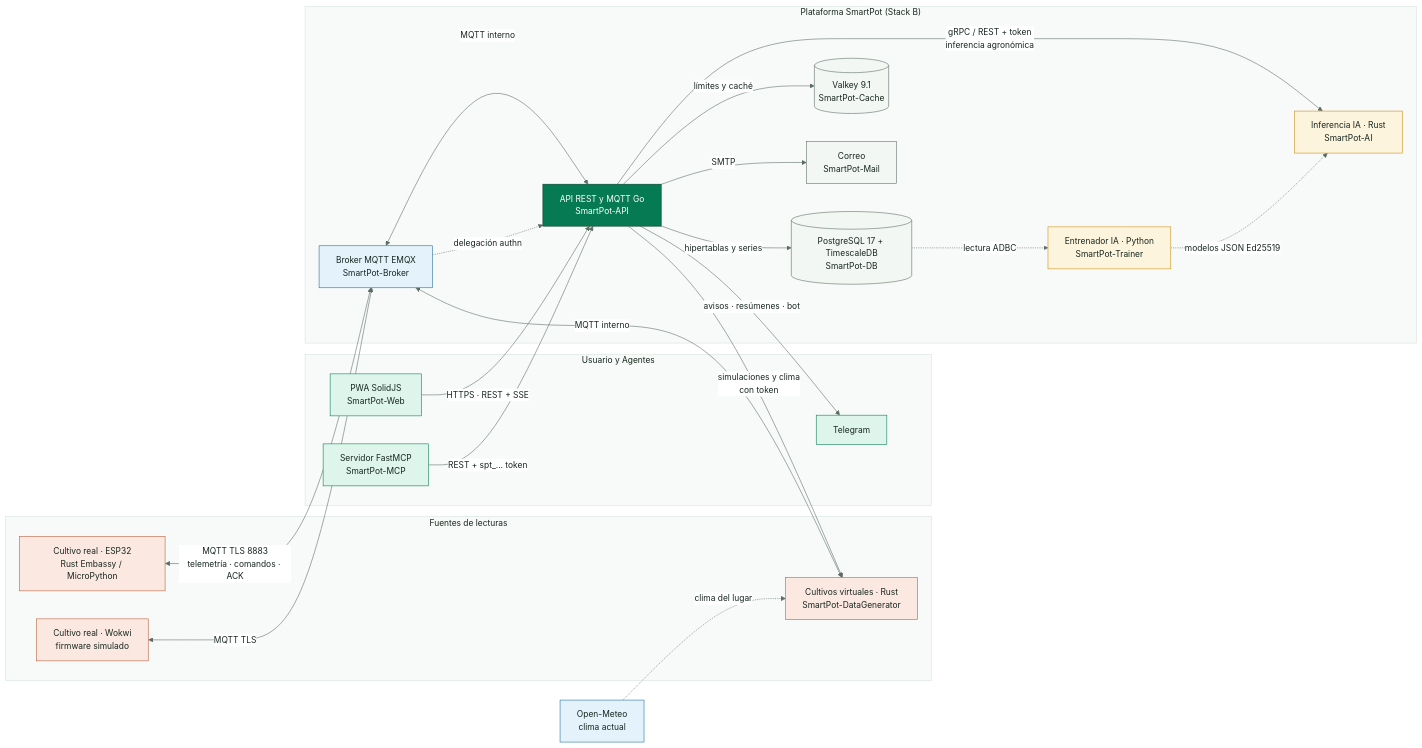
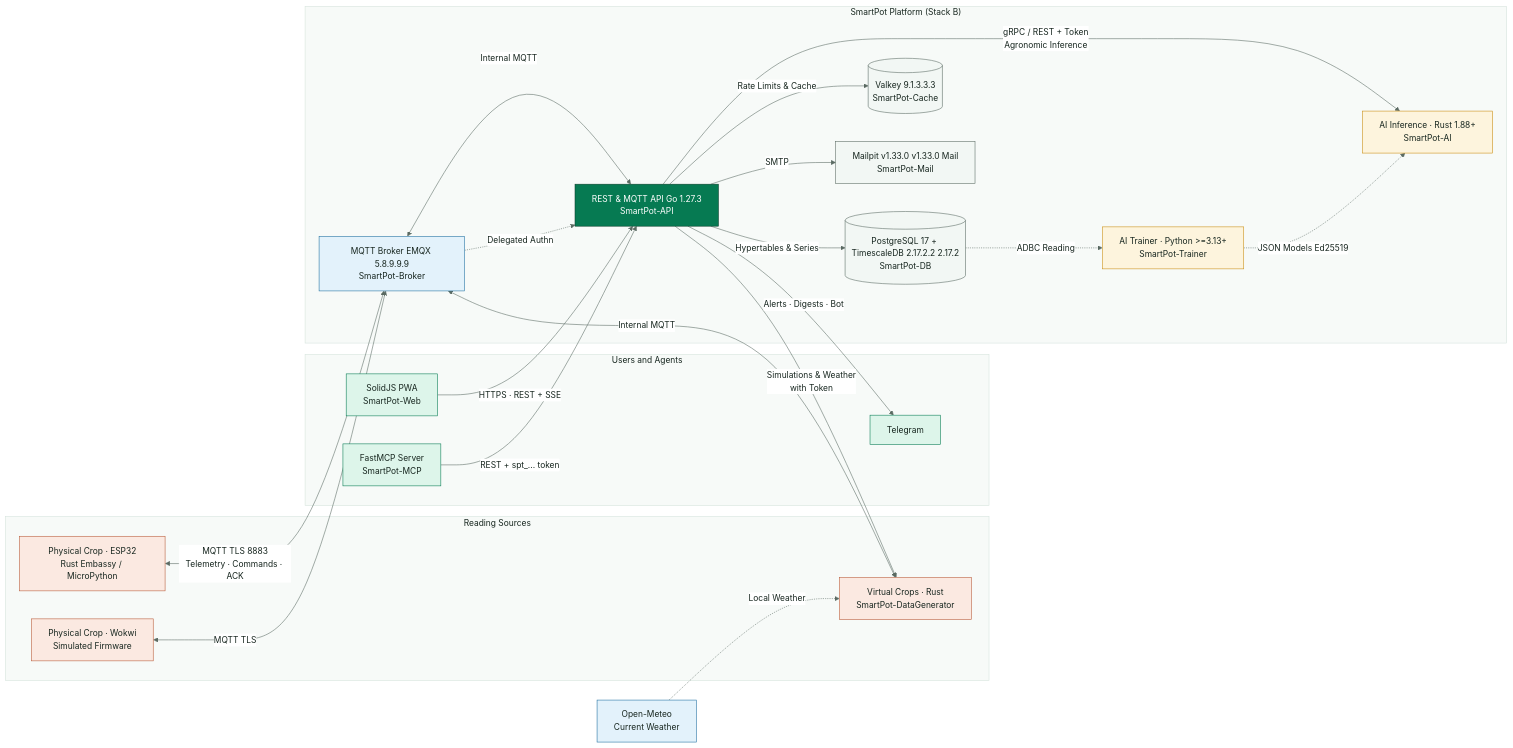
Before and after one commit to SmartPotTech/.github: the first of 14 diagrams in docs/SmartPot_Technical_Documentation.md, drawn with Mermaid. The commit also changed other lines of this file and 186 other files, not shown here.

Commit message:
docs(specs): synchronize 100% english organization documentation, diagrams, and formal deliverables

````diff
--- a/docs/SmartPot_Technical_Documentation.md
+++ b/docs/SmartPot_Technical_Documentation.md
@@ -330,52 +60,52 @@
 ```mermaid
 %%{init: {"theme": "base", "fontFamily": "Segoe UI, Arial, sans-serif", "themeVariables": {"fontFamily": "Segoe UI, Arial, sans-serif", "fontSize": "15px", "primaryColor": "#DDF5EA", "primaryTextColor": "#17261F", "primaryBorderColor": "#067A52", "secondaryColor": "#E3F2FB", "secondaryTextColor": "#17261F", "secondaryBorderColor": "#1F6FA0", "tertiaryColor": "#F2F7F4", "tertiaryTextColor": "#17261F", "tertiaryBorderColor": "#D5E3DC", "lineColor": "#5B6B63", "textColor": "#17261F", "mainBkg": "#DDF5EA", "nodeBorder": "#067A52", "clusterBkg": "#F7FAF8", "clusterBorder": "#D5E3DC", "edgeLabelBackground": "#FFFFFF", "actorBkg": "#067A52", "actorBorder": "#0B3D2B", "actorTextColor": "#FFFFFF", "actorLineColor": "#5B6B63", "signalColor": "#17261F", "signalTextColor": "#17261F", "labelBoxBkgColor": "#0B3D2B", "labelBoxBorderColor": "#0B3D2B", "labelTextColor": "#FFFFFF", "loopTextColor": "#0B3D2B", "noteBkgColor": "#FDF4DD", "noteBorderColor": "#C98D12", "noteTextColor": "#17261F", "activationBkgColor": "#DDF5EA", "activationBorderColor": "#067A52", "attributeBackgroundColorOdd": "#FFFFFF", "attributeBackgroundColorEven": "#F2F7F4"}}}%%
 flowchart LR
-  subgraph campo["Fuentes de lecturas"]
-    maceta["Cultivo real · ESP32<br/>Rust Embassy / MicroPython"]
-    wokwi["Cultivo real · Wokwi<br/>firmware simulado"]
-    sim["Cultivos virtuales · Rust<br/>SmartPot-DataGenerator"]
+  subgraph campo["Reading Sources"]
+    maceta["Physical Crop · ESP32<br/>Rust Embassy / MicroPython"]
+    wokwi["Physical Crop · Wokwi<br/>Simulated Firmware"]
+    sim["Virtual Crops · Rust<br/>SmartPot-DataGenerator"]
   end
-  subgraph usuario["Usuario y Agentes"]
-    pwa["PWA SolidJS<br/>SmartPot-Web"]
+  subgraph usuario["Users and Agents"]
+    pwa["SolidJS PWA<br/>SmartPot-Web"]
     tg["Telegram"]
-    mcp["Servidor FastMCP<br/>SmartPot-MCP"]
+    mcp["FastMCP Server<br/>SmartPot-MCP"]
   end
-  subgraph plataforma["Plataforma SmartPot (Stack B)"]
-    broker["Broker MQTT EMQX<br/>SmartPot-Broker"]
-    api["API REST y MQTT Go<br/>SmartPot-API"]
-    ai["Inferencia IA · Rust<br/>SmartPot-AI"]
-    trainer["Entrenador IA · Python<br/>SmartPot-Trainer"]
-    db[("PostgreSQL 17 + TimescaleDB<br/>SmartPot-DB")]
-    cache[("Valkey 9.1<br/>SmartPot-Cache")]
-    mail["Correo<br/>SmartPot-Mail"]
+  subgraph plataforma["SmartPot Platform (Stack B)"]
+    broker["MQTT Broker EMQX 5.8.9.9.9<br/>SmartPot-Broker"]
+    api["REST & MQTT API Go 1.27.3<br/>SmartPot-API"]
+    ai["AI Inference · Rust 1.88+<br/>SmartPot-AI"]
+    trainer["AI Trainer · Python >=3.13+<br/>SmartPot-Trainer"]
+    db[("PostgreSQL 17 + TimescaleDB 2.17.2.2 2.17.2<br/>SmartPot-DB")]
+    cache[("Valkey 9.1.3.3.3<br/>SmartPot-Cache")]
+    mail["Mailpit v1.33.0 v1.33.0 Mail<br/>SmartPot-Mail"]
   end
-  clima["Open-Meteo<br/>clima actual"]
-  maceta <-->|"MQTT TLS 8883<br/>telemetría · comandos · ACK"| broker
+  weather["Open-Meteo<br/>Current Weather"]
+  maceta <-->|"MQTT TLS 8883<br/>Telemetry · Commands · ACK"| broker
   wokwi <-->|"MQTT TLS"| broker
-  sim <-->|"MQTT interno"| broker
-  clima -.->|"clima del lugar"| sim
-  broker <-->|"MQTT interno"| api
-  broker -.->|"delegación authn"| api
+  sim <-->|"Internal MQTT"| broker
+  weather -.->|"Local Weather"| sim
+  broker <-->|"Internal MQTT"| api
+  broker -.->|"Delegated Authn"| api
   pwa -->|"HTTPS · REST + SSE"| api
   mcp -->|"REST + spt_... token"| api
-  api -->|"simulaciones y clima<br/>con token"| sim
-  api -->|"gRPC / REST + token<br/>inferencia agronómica"| ai
-  db -.->|"lectura ADBC"| trainer
-  trainer -.->|"modelos JSON Ed25519"| ai
-  api -->|"hipertablas y series"| db
-  api -->|"límites y caché"| cache
+  api -->|"Simulations & Weather<br/>with Token"| sim
+  api -->|"gRPC / REST + Token<br/>Agronomic Inference"| ai
+  db -.->|"ADBC Reading"| trainer
+  trainer -.->|"JSON Models Ed25519"| ai
+  api -->|"Hypertables & Series"| db
+  api -->|"Rate Limits & Cache"| cache
   api -->|"SMTP"| mail
-  api -->|"avisos · resúmenes · bot"| tg
+  api -->|"Alerts · Digests · Bot"| tg
   classDef device fill:#FBE9E1,stroke:#B85A38,color:#17261F
   classDef edge fill:#E3F2FB,stroke:#1F6FA0,color:#17261F
   classDef core fill:#067A52,stroke:#0B3D2B,color:#FFFFFF
   classDef data fill:#F2F7F4,stroke:#5B6B63,color:#17261F
   classDef brain fill:#FDF4DD,stroke:#C98D12,color:#17261F
   classDef app fill:#DDF5EA,stroke:#067A52,color:#17261F
   class maceta,wokwi,sim device
-  class broker,clima edge
+  class broker,weather edge
   class api core
   class db,cache,mail data
   class ai,trainer brain
   class pwa,tg,mcp app
 ```
````
